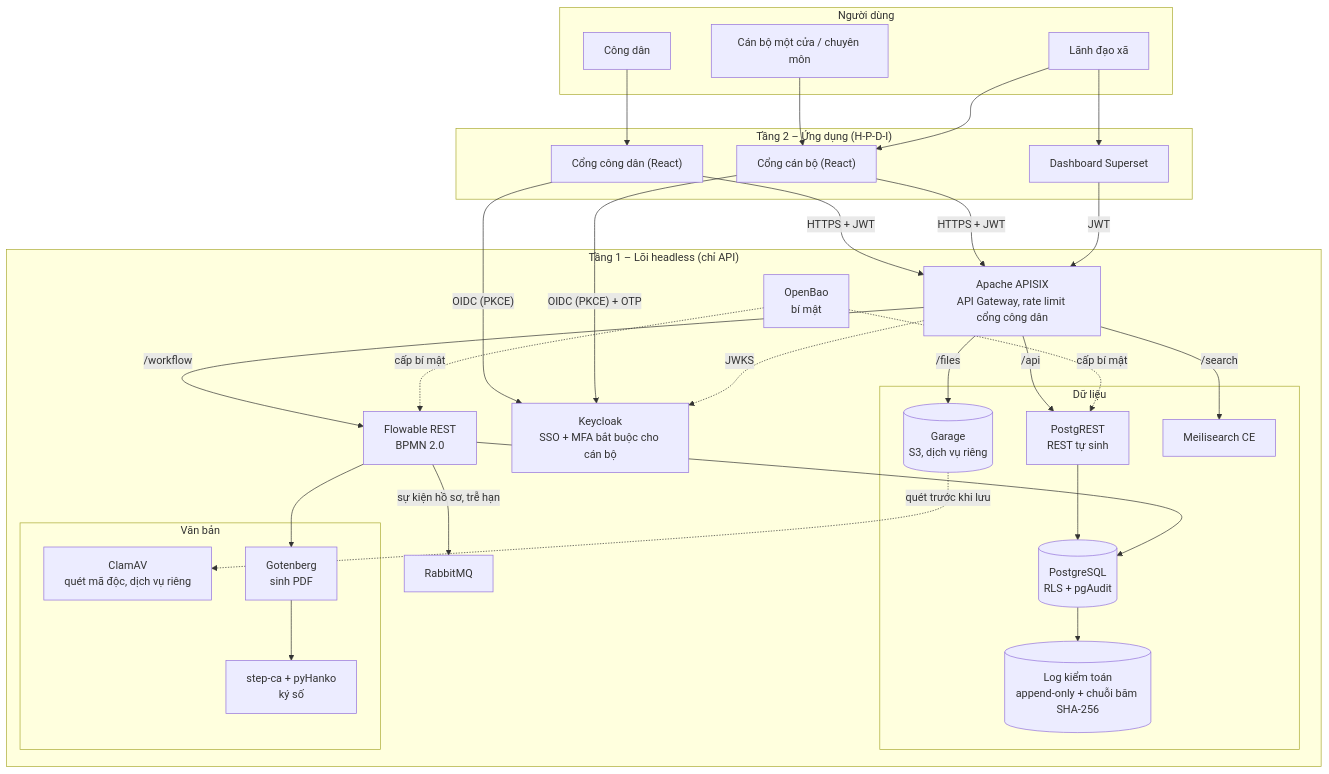
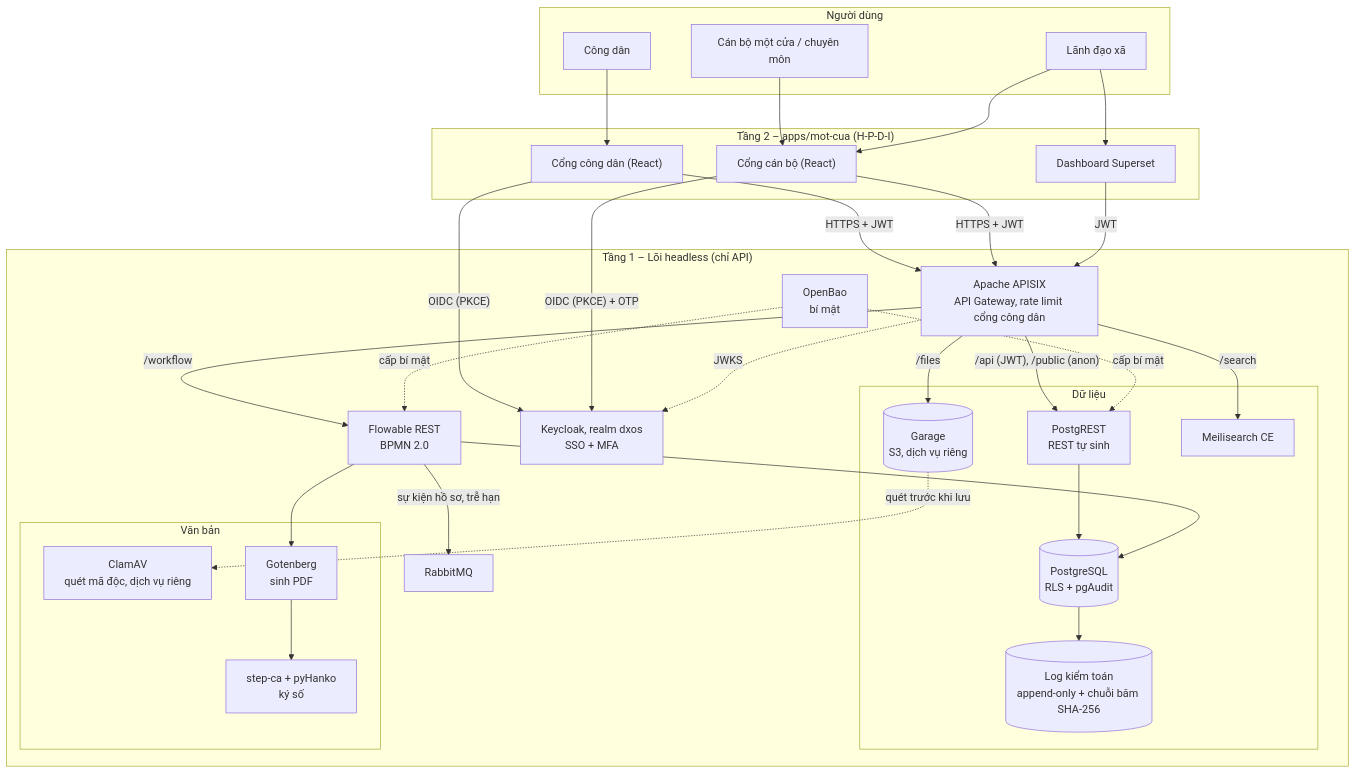
Before and after one commit to commune-dxos/commune-dxos: the first of 3 diagrams in docs/architecture.md, drawn with Mermaid. The commit also changed other lines of this file and 27 other files, not shown here.

First line of the commit message:
refactor(core): tách core/ (Tầng 1) và apps/mot-cua/ (Tầng 2) theo D-005 (#3)

````diff
--- a/docs/architecture.md
+++ b/docs/architecture.md
@@ -11,64 +11,64 @@
 ```mermaid
 flowchart TB
   subgraph U["Người dùng"]
     CD["Công dân"]
     CB["Cán bộ một cửa / chuyên môn"]
     LD["Lãnh đạo xã"]
   end
 
-  subgraph T2["Tầng 2 – Ứng dụng (H-P-D-I)"]
+  subgraph T2["Tầng 2 – apps/mot-cua (H-P-D-I)"]
     WEBCD["Cổng công dân (React)"]
     WEBCB["Cổng cán bộ (React)"]
     BI["Dashboard Superset"]
   end
 
   subgraph T1["Tầng 1 – Lõi headless (chỉ API)"]
-    KC["Keycloak<br/>SSO + MFA bắt buộc cho cán bộ"]
+    KC["Keycloak, realm dxos<br/>SSO + MFA"]
     GW["Apache APISIX<br/>API Gateway, rate limit cổng công dân"]
 
     subgraph DATA["Dữ liệu"]
       PGR["PostgREST<br/>REST tự sinh"]
       PG[("PostgreSQL<br/>RLS + pgAudit")]
       AUD[("Log kiểm toán<br/>append-only + chuỗi băm SHA-256")]
       S3[("Garage<br/>S3, dịch vụ riêng")]
       MS["Meilisearch CE"]
     end
 
     FL["Flowable REST<br/>BPMN 2.0"]
     MQ["RabbitMQ"]
     BAO["OpenBao<br/>bí mật"]
 
     subgraph DOCS["Văn bản"]
       AV["ClamAV<br/>quét mã độc, dịch vụ riêng"]
       GOT["Gotenberg<br/>sinh PDF"]
       CA["step-ca + pyHanko<br/>ký số"]
     end
   end
 
   CD --> WEBCD
   CB --> WEBCB
   LD --> WEBCB
   LD --> BI
 
   WEBCD -- "OIDC (PKCE)" --> KC
   WEBCB -- "OIDC (PKCE) + OTP" --> KC
   WEBCD -- "HTTPS + JWT" --> GW
   WEBCB -- "HTTPS + JWT" --> GW
   BI -- "JWT" --> GW
 
   GW -.->|JWKS| KC
-  GW -- "/api" --> PGR
+  GW -- "/api (JWT), /public (anon)" --> PGR
   GW -- "/workflow" --> FL
   GW -- "/files" --> S3
   GW -- "/search" --> MS
 
   PGR --> PG
   PG --> AUD
   FL --> PG
   FL -- "sự kiện hồ sơ, trễ hạn" --> MQ
   S3 -.->|quét trước khi lưu| AV
   FL --> GOT --> CA
 
   BAO -.->|cấp bí mật| PGR
   BAO -.->|cấp bí mật| FL
 ```
````
